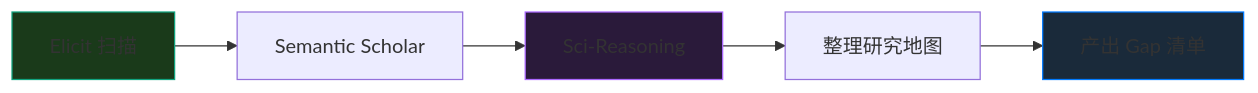
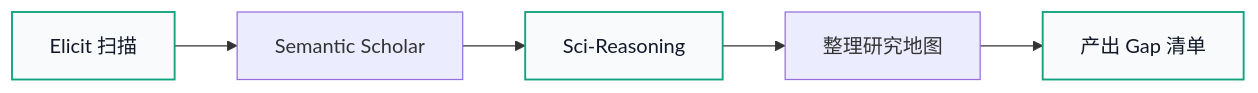
Before and after one commit to yiweinanzi/ai-research-ebook: the second of 5 diagrams in src/content/docs/tools/workflow.mdx, drawn with Mermaid. The commit also changed other lines of this file and 5 other files, not shown here.

````diff
--- a/src/content/docs/tools/workflow.mdx
+++ b/src/content/docs/tools/workflow.mdx
@@ -47,11 +47,10 @@
 ```mermaid
 flowchart LR
     A[Elicit 扫描] --> B[Semantic Scholar]
     B --> C[Sci-Reasoning]
     C --> D[整理研究地图]
     D --> E[产出 Gap 清单]
 
-    style A fill:#1a3a1a,stroke:#10a37f
-    style C fill:#2a1a3a,stroke:#ab68ff
-    style E fill:#1a2a3a,stroke:#007aff
+    classDef key fill:#f8fafc,stroke:#10a37f,stroke-width:1.5px,color:#111827
+    class A,C,E key
 ```
````
